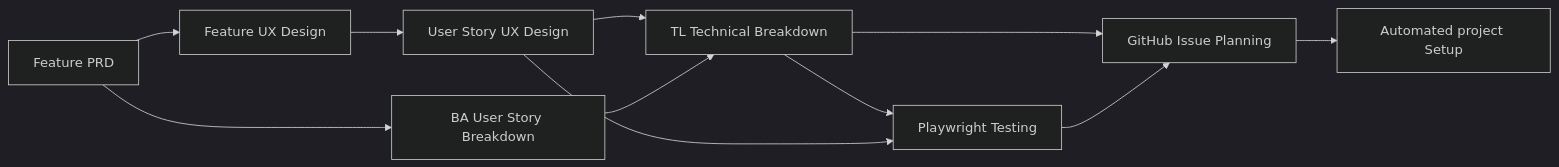
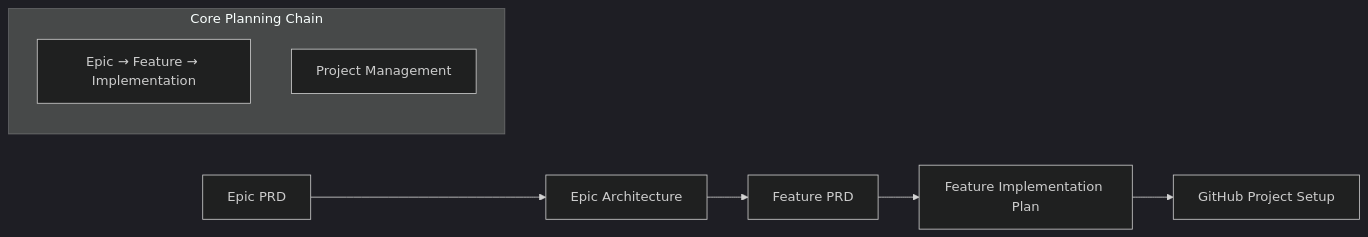
Before and after one commit to github/awesome-copilot: the first of 2 diagrams in collections/plan/prompts/README.md, drawn with Mermaid (dark theme). The commit also changed other lines of this file and 7 other files, not shown here.

````diff
--- a/collections/plan/prompts/README.md
+++ b/collections/plan/prompts/README.md
@@ -24,13 +22,12 @@
 ```mermaid
 graph LR
-    A[Feature PRD] --> B[Feature UX Design]
-    B --> C[User Story UX Design]
-    A --> D[BA User Story Breakdown]
-    C --> E[TL Technical Breakdown]
-    D --> E
-    E --> F[Playwright Testing]
-    C --> F
-    E --> G[GitHub Issue Planning]
-    F --> G
-    G --> H[Automated project Setup]
+    A[Epic PRD] --> B[Epic Architecture]
+    B --> C[Feature PRD] 
+    C --> D[Feature Implementation Plan]
+    D --> E[GitHub Project Setup]
+    
+    subgraph "Core Planning Chain"
+        G["Epic → Feature → Implementation"]
+        H["Project Management"]
+    end
 ```
````
